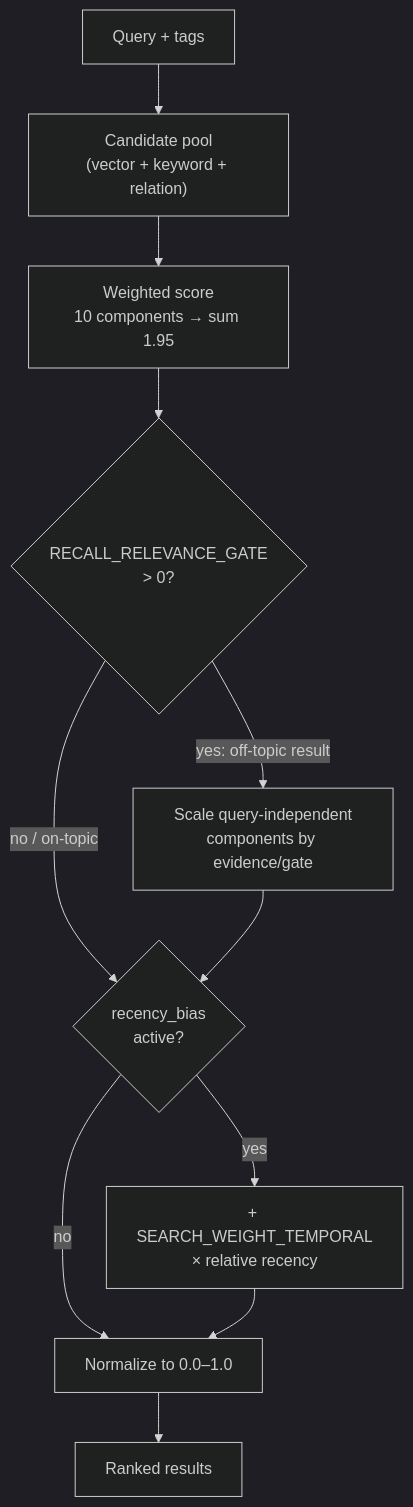
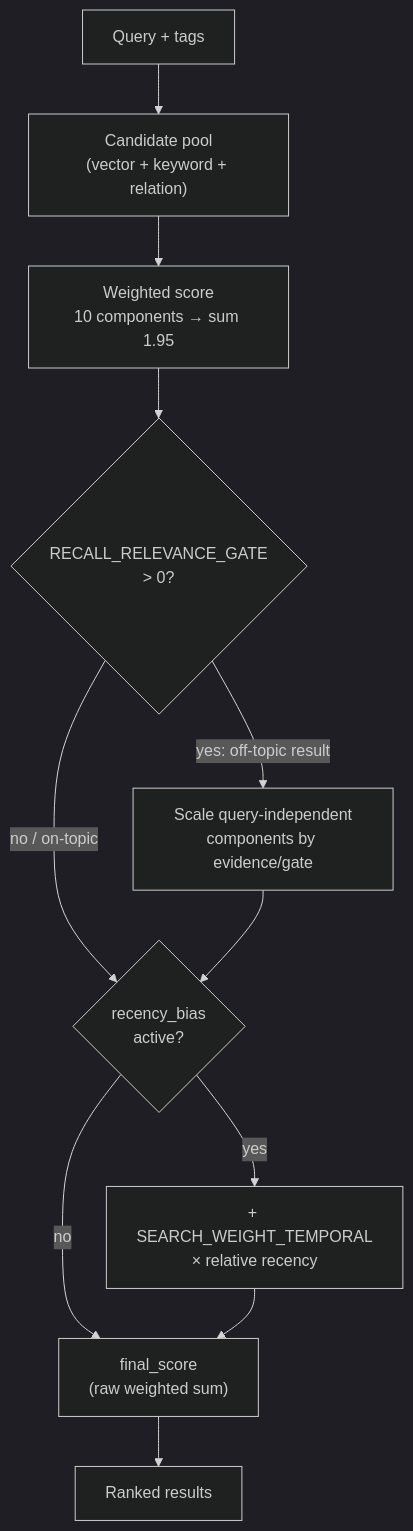
The diagram in src/content/docs/docs/core-concepts/recall-tuning.md (verygoodplugins/automem-website), drawn with Mermaid (dark theme) before and after one commit. The commit also changed other lines of this file, not shown here.

````diff
--- a/src/content/docs/docs/core-concepts/recall-tuning.md
+++ b/src/content/docs/docs/core-concepts/recall-tuning.md
@@ -26,13 +26,13 @@
 ```mermaid
 flowchart TD
     Q["Query + tags"] --> Pool["Candidate pool<br/>(vector + keyword + relation)"]
     Pool --> Score["Weighted score<br/>10 components → sum 1.95"]
     Score --> Gate{"RECALL_RELEVANCE_GATE<br/>> 0?"}
     Gate -->|"yes: off-topic result"| Damp["Scale query-independent<br/>components by evidence/gate"]
     Gate -->|"no / on-topic"| Rerank{"recency_bias<br/>active?"}
     Damp --> Rerank
     Rerank -->|"yes"| Temporal["+ SEARCH_WEIGHT_TEMPORAL<br/>× relative recency"]
-    Rerank -->|"no"| Norm["Normalize to 0.0–1.0"]
+    Rerank -->|"no"| Norm["final_score<br/>(raw weighted sum)"]
     Temporal --> Norm
     Norm --> Out["Ranked results"]
 ```
````
